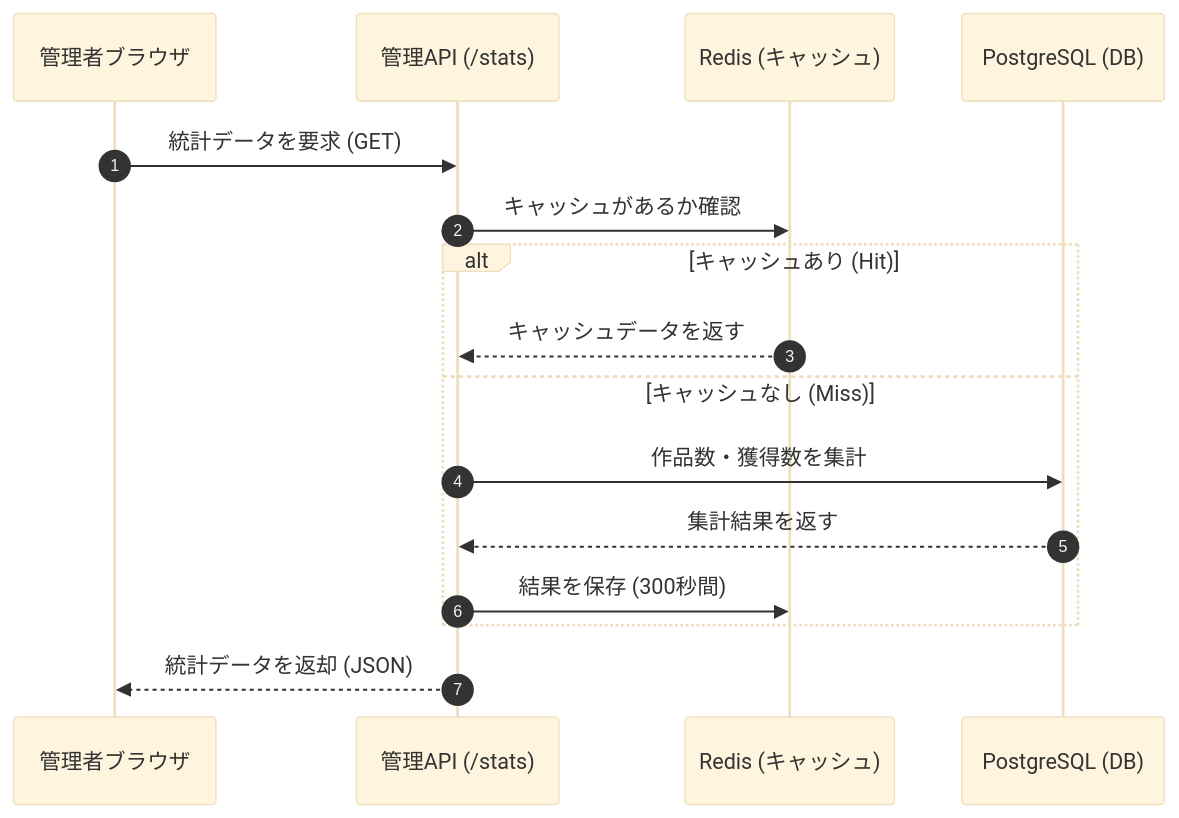
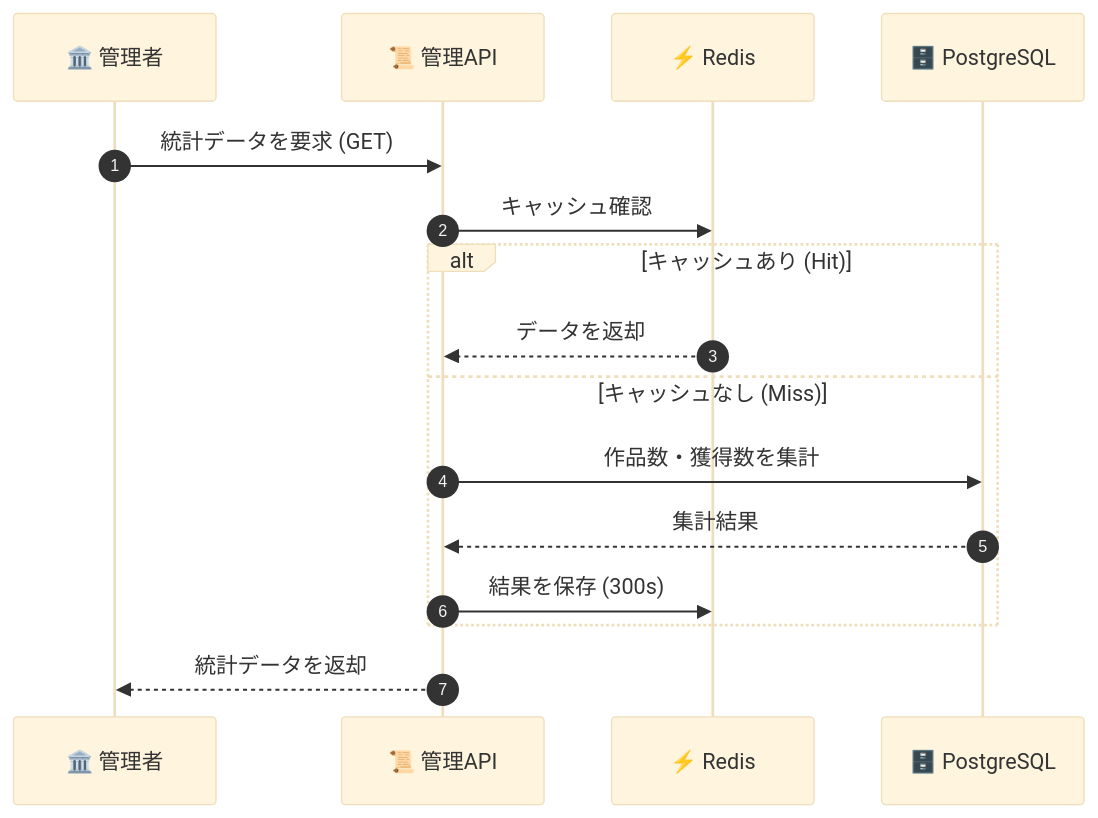
The second of 5 diagrams in docs/DIAGRAMS.md (yuma25/ATD26), drawn with Mermaid (base theme) before and after one commit. The commit also changed other lines of this file and 42 other files, not shown here.

````diff
--- a/docs/DIAGRAMS.md
+++ b/docs/DIAGRAMS.md
@@ -73,21 +54,21 @@
 ```mermaid
 sequenceDiagram
     autonumber
-    participant Admin as 管理者ブラウザ
-    participant API as 管理API (/stats)
-    participant Redis as Redis (キャッシュ)
-    participant DB as PostgreSQL (DB)
+    participant Admin as 🏛️ 管理者
+    participant API as 📜 管理API
+    participant Redis as ⚡ Redis
+    participant DB as 🗄️ PostgreSQL
 
     Admin->>API: 統計データを要求 (GET)
-    API->>Redis: キャッシュがあるか確認
+    API->>Redis: キャッシュ確認
     
     alt キャッシュあり (Hit)
-        Redis-->>API: キャッシュデータを返す
+        Redis-->>API: データを返却
     else キャッシュなし (Miss)
         API->>DB: 作品数・獲得数を集計
-        DB-->>API: 集計結果を返す
-        API->>Redis: 結果を保存 (300秒間)
+        DB-->>API: 集計結果
+        API->>Redis: 結果を保存 (300s)
     end
     
-    API-->>Admin: 統計データを返却 (JSON)
+    API-->>Admin: 統計データを返却
 ```
````
